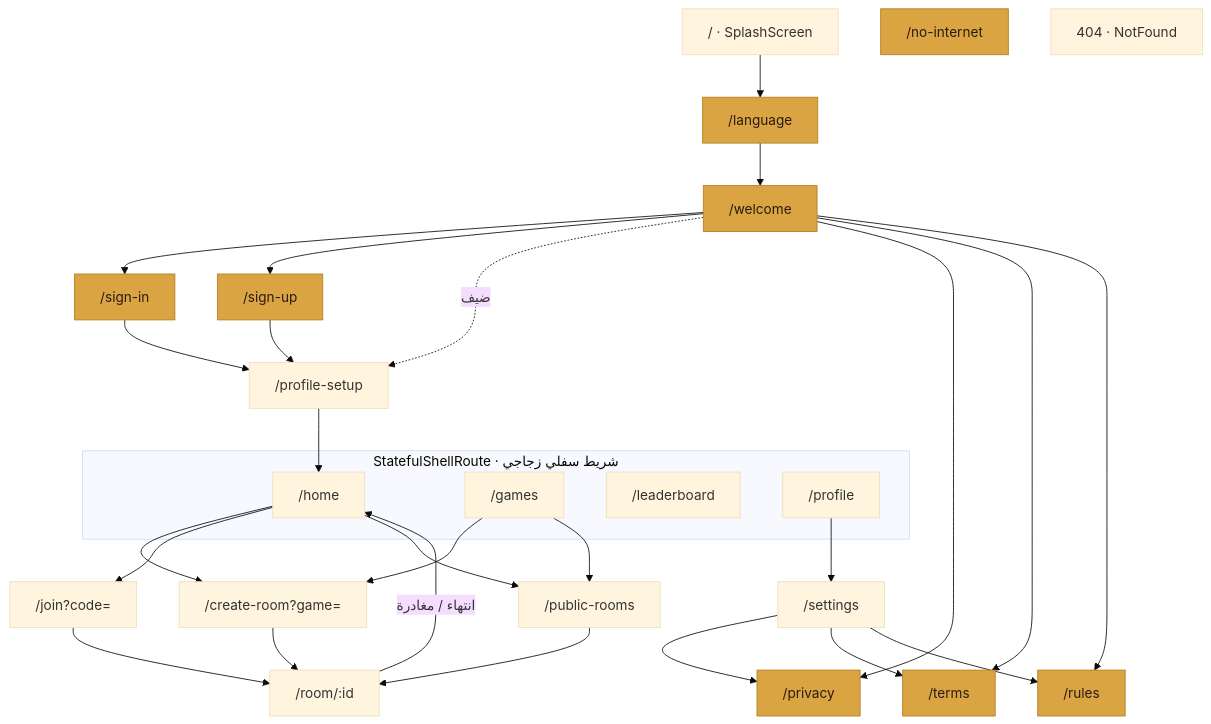
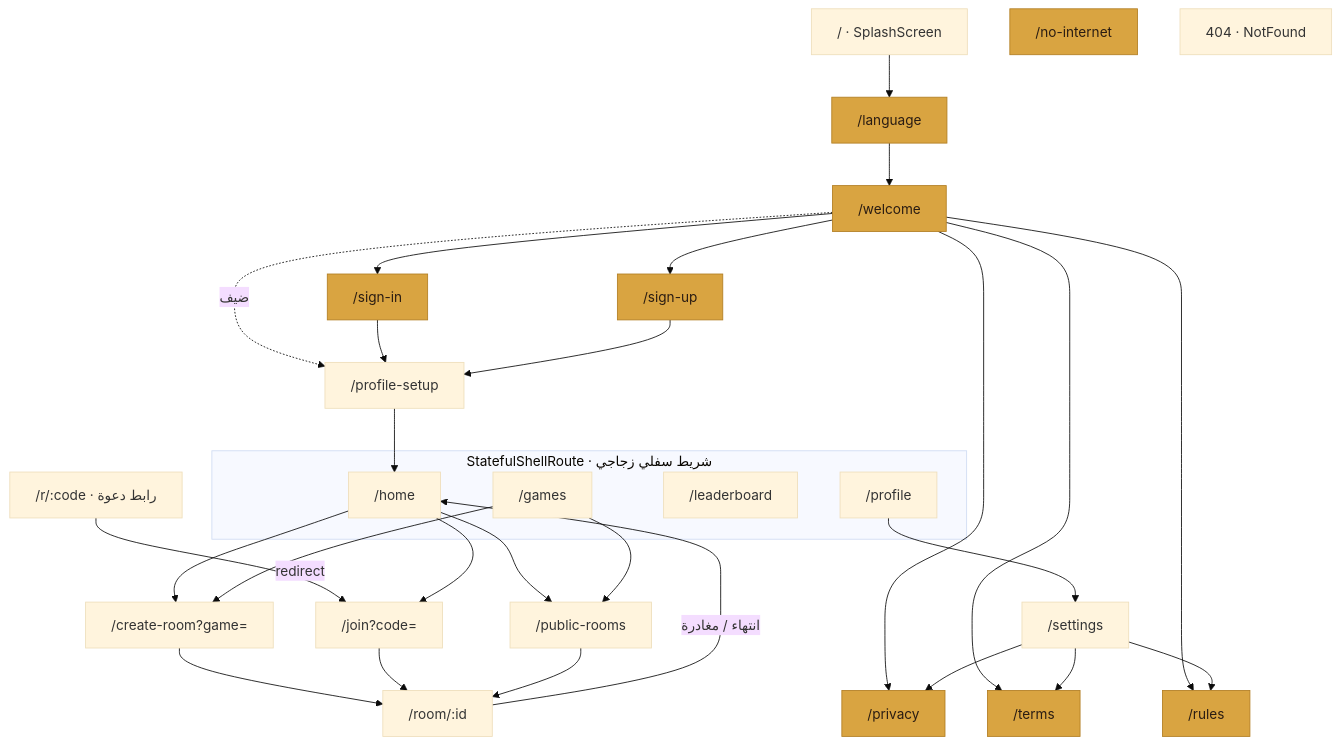
One commit to workabeer625-ai/Lametna changed diagram 21 of 25 in docs/DIAGRAMS.md. Above: the diagram before and after it, drawn with Mermaid (base theme). The commit also changed other lines of this file and 25 other files, not shown here.

````diff
--- a/docs/DIAGRAMS.md
+++ b/docs/DIAGRAMS.md
@@ -1250,43 +1250,45 @@
 ```mermaid
 flowchart TB
     SPLASH["/ · SplashScreen"]
     LANGS["/language"]
     WELCOME["/welcome"]
     SIGNIN["/sign-in"]
     SIGNUP["/sign-up"]
     SETUP["/profile-setup"]
 
     subgraph shell["StatefulShellRoute · شريط سفلي زجاجي"]
         HOME["/home"]
         GAMES["/games"]
         LB["/leaderboard"]
         PROFILE["/profile"]
     end
 
     CREATE["/create-room?game="]
     JOIN["/join?code="]
+    INVITE["/r/:code · رابط دعوة"]
     PUBLIC["/public-rooms"]
     ROOM["/room/:id"]
     SETTINGS["/settings"]
     PRIVACY["/privacy"]
     TERMS["/terms"]
     RULES["/rules"]
     NONET["/no-internet"]
     NF["404 · NotFound"]
 
     SPLASH --> LANGS --> WELCOME
     WELCOME --> SIGNIN & SIGNUP
     WELCOME -.->|"ضيف"| SETUP
     SIGNIN & SIGNUP --> SETUP --> HOME
     WELCOME --> PRIVACY & TERMS & RULES
 
+    INVITE -->|"redirect"| JOIN
     HOME --> CREATE & JOIN & PUBLIC
     GAMES --> CREATE & PUBLIC
     CREATE & JOIN & PUBLIC --> ROOM
     PROFILE --> SETTINGS
     SETTINGS --> PRIVACY & TERMS & RULES
     ROOM -->|"انتهاء / مغادرة"| HOME
 
     classDef public fill:#D9A441,stroke:#B27E23,color:#2A1C12
     class WELCOME,SIGNIN,SIGNUP,PRIVACY,TERMS,RULES,LANGS,NONET public
 ```
````
